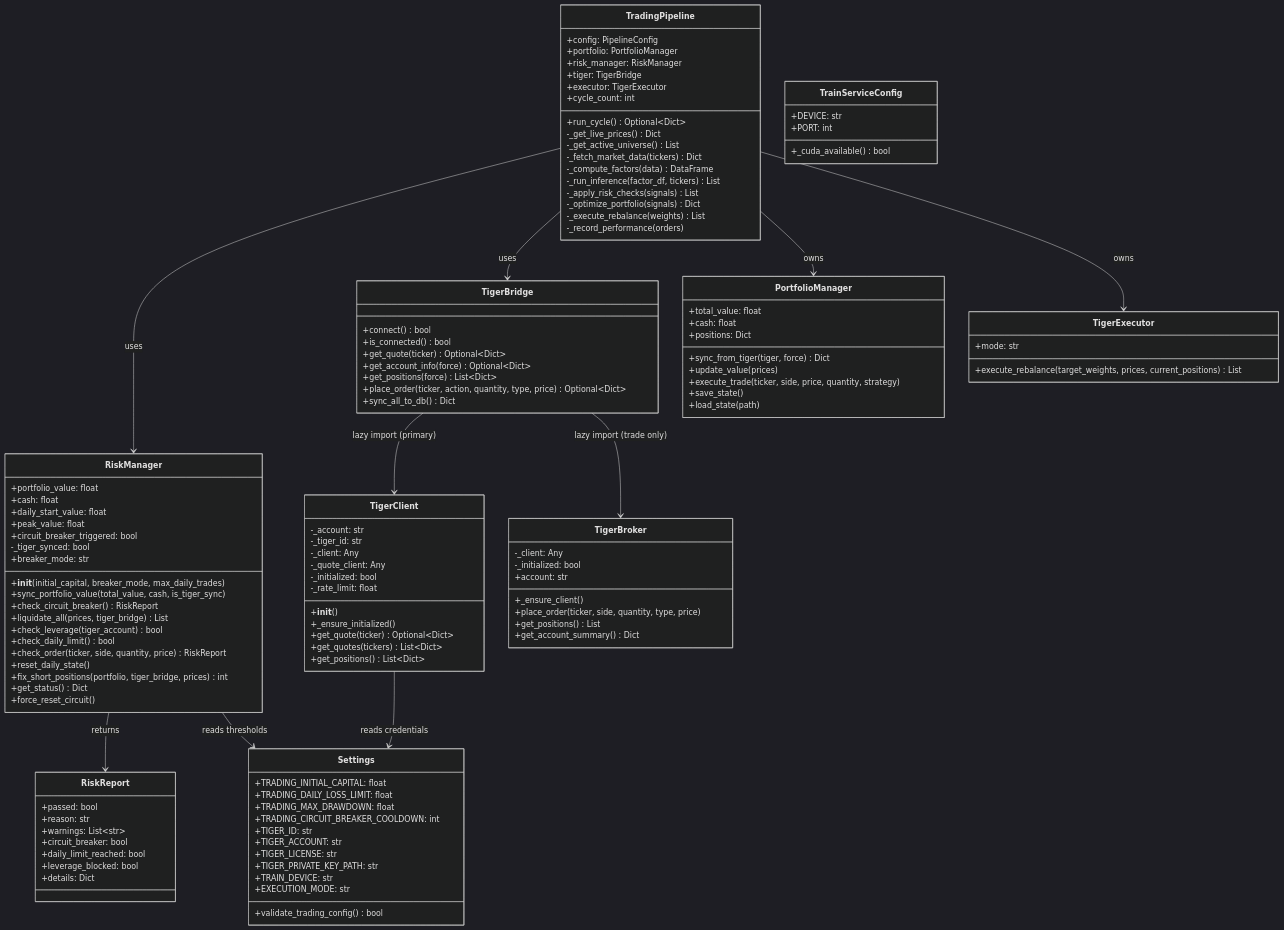
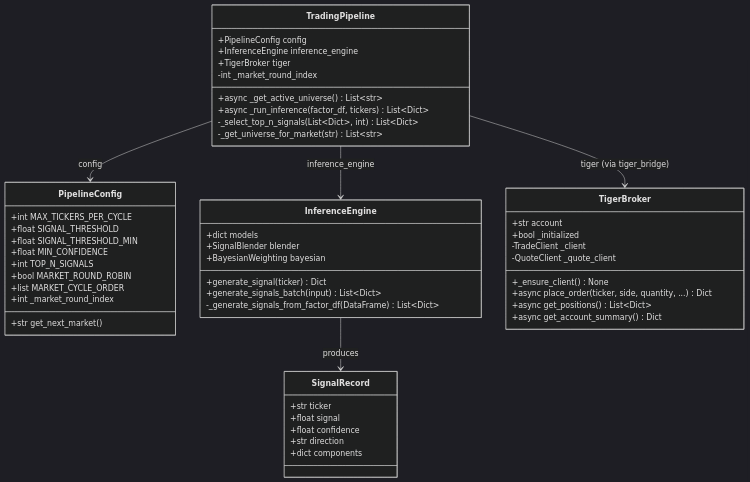
One commit to AndrewMa1992/quant-ai-trader changed the diagram in docs/class-diagram.mermaid. Above: the diagram before and after it, drawn with Mermaid (dark theme). The commit also changed 4 other files, not shown here.

Commit message:
feat(T01): pipeline config - top-N signals, market rotation, remove ticker cap

```diff
--- a/docs/class-diagram.mermaid
+++ b/docs/class-diagram.mermaid
@@ -1,130 +1,56 @@
 classDiagram
-    class Settings {
-        +TRADING_INITIAL_CAPITAL: float
-        +TRADING_DAILY_LOSS_LIMIT: float
-        +TRADING_MAX_DRAWDOWN: float
-        +TRADING_CIRCUIT_BREAKER_COOLDOWN: int
-        +TIGER_ID: str
-        +TIGER_ACCOUNT: str
-        +TIGER_LICENSE: str
-        +TIGER_PRIVATE_KEY_PATH: str
-        +TRAIN_DEVICE: str
-        +EXECUTION_MODE: str
-        +validate_trading_config() bool
+    class PipelineConfig {
+        +int MAX_TICKERS_PER_CYCLE
+        +float SIGNAL_THRESHOLD
+        +float SIGNAL_THRESHOLD_MIN
+        +float MIN_CONFIDENCE
+        +int TOP_N_SIGNALS
+        +bool MARKET_ROUND_ROBIN
+        +list MARKET_CYCLE_ORDER
+        +int _market_round_index
+        +str get_next_market() 
     }
 
-    class RiskManager {
-        +portfolio_value: float
-        +cash: float
-        +daily_start_value: float
-        +peak_value: float
-        +circuit_breaker_triggered: bool
-        -_tiger_synced: bool
-        +breaker_mode: str
-        +__init__(initial_capital, breaker_mode, max_daily_trades)
-        +sync_portfolio_value(total_value, cash, is_tiger_sync)
-        +check_circuit_breaker() RiskReport
-        +liquidate_all(prices, tiger_bridge) List
-        +check_leverage(tiger_account) bool
-        +check_daily_limit() bool
-        +check_order(ticker, side, quantity, price) RiskReport
-        +reset_daily_state()
-        +fix_short_positions(portfolio, tiger_bridge, prices) int
-        +get_status() Dict
-        +force_reset_circuit()
+    class TradingPipeline {
+        +PipelineConfig config
+        +InferenceEngine inference_engine
+        +TigerBroker tiger
+        -int _market_round_index
+        +async _get_active_universe() List~str~
+        +async _run_inference(factor_df, tickers) List~Dict~
+        -_select_top_n_signals(List~Dict~, int) List~Dict~
+        -_get_universe_for_market(str) List~str~
     }
 
-    class RiskReport {
-        +passed: bool
-        +reason: str
-        +warnings: List~str~
-        +circuit_breaker: bool
-        +daily_limit_reached: bool
-        +leverage_blocked: bool
-        +details: Dict
-    }
-
-    class TigerClient {
-        -_account: str
-        -_tiger_id: str
-        -_client: Any
-        -_quote_client: Any
-        -_initialized: bool
-        -_rate_limit: float
-        +__init__()
-        +_ensure_initialized()
-        +get_quote(ticker) Optional~Dict~
-        +get_quotes(tickers) List~Dict~
-        +get_positions() List~Dict~
-    }
-
-    class TigerBridge {
-        +connect() bool
-        +is_connected() bool
-        +get_quote(ticker) Optional~Dict~
-        +get_account_info(force) Optional~Dict~
-        +get_positions(force) List~Dict~
-        +place_order(ticker, action, quantity, type, price) Optional~Dict~
-        +sync_all_to_db() Dict
+    class InferenceEngine {
+        +dict models
+        +SignalBlender blender
+        +BayesianWeighting bayesian
+        +generate_signal(ticker) Dict
+        +generate_signals_batch(input) List~Dict~
+        -_generate_signals_from_factor_df(DataFrame) List~Dict~
     }
 
     class TigerBroker {
-        -_client: Any
-        -_initialized: bool
-        +account: str
-        +_ensure_client()
-        +place_order(ticker, side, quantity, type, price)
-        +get_positions() List
-        +get_account_summary() Dict
+        +str account
+        +bool _initialized
+        -TradeClient _client
+        -QuoteClient _quote_client
+        +_ensure_client() None
+        +async place_order(ticker, side, quantity, ...) Dict
+        +async get_positions() List~Dict~
+        +async get_account_summary() Dict
     }
 
-    class TradingPipeline {
-        +config: PipelineConfig
-        +portfolio: PortfolioManager
-        +risk_manager: RiskManager
-        +tiger: TigerBridge
-        +executor: TigerExecutor
-        +cycle_count: int
-        +run_cycle() Optional~Dict~
-        -_get_live_prices() Dict
-        -_get_active_universe() List
-        -_fetch_market_data(tickers) Dict
-        -_compute_factors(data) DataFrame
-        -_run_inference(factor_df, tickers) List
-        -_apply_risk_checks(signals) List
-        -_optimize_portfolio(signals) Dict
-        -_execute_rebalance(weights) List
-        -_record_performance(orders)
+    class SignalRecord {
+        +str ticker
+        +float signal
+        +float confidence
+        +str direction
+        +dict components
     }
 
-    class PortfolioManager {
-        +total_value: float
-        +cash: float
-        +positions: Dict
-        +sync_from_tiger(tiger, force) Dict
-        +update_value(prices)
-        +execute_trade(ticker, side, price, quantity, strategy)
-        +save_state()
-        +load_state(path)
-    }
-
-    class TrainServiceConfig {
-        +DEVICE: str
-        +PORT: int
-        +_cuda_available() bool
-    }
-
-    class TigerExecutor {
-        +mode: str
-        +execute_rebalance(target_weights, prices, current_positions) List
-    }
-
-    TradingPipeline --> RiskManager : uses
-    TradingPipeline --> TigerBridge : uses
-    TradingPipeline --> PortfolioManager : owns
-    TradingPipeline --> TigerExecutor : owns
-    TigerBridge --> TigerClient : lazy import (primary)
-    TigerBridge --> TigerBroker : lazy import (trade only)
-    TigerClient --> Settings : reads credentials
-    RiskManager --> RiskReport : returns
-    RiskManager --> Settings : reads thresholds
+    TradingPipeline --> PipelineConfig : config
+    TradingPipeline --> InferenceEngine : inference_engine
+    TradingPipeline --> TigerBroker : tiger (via tiger_bridge)
+    InferenceEngine --> SignalRecord : produces
```
